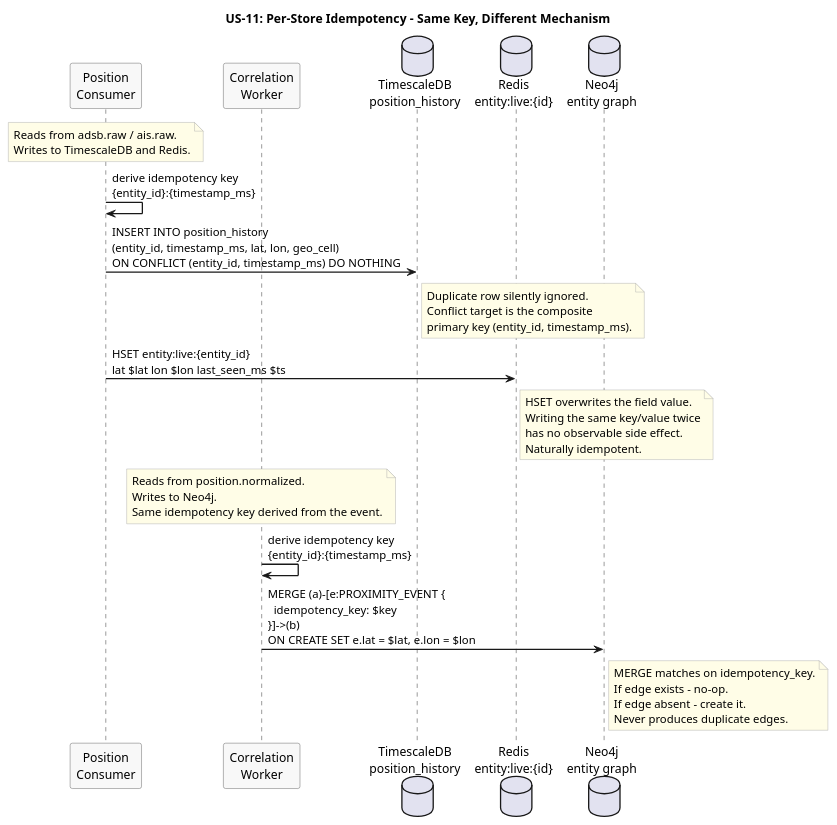
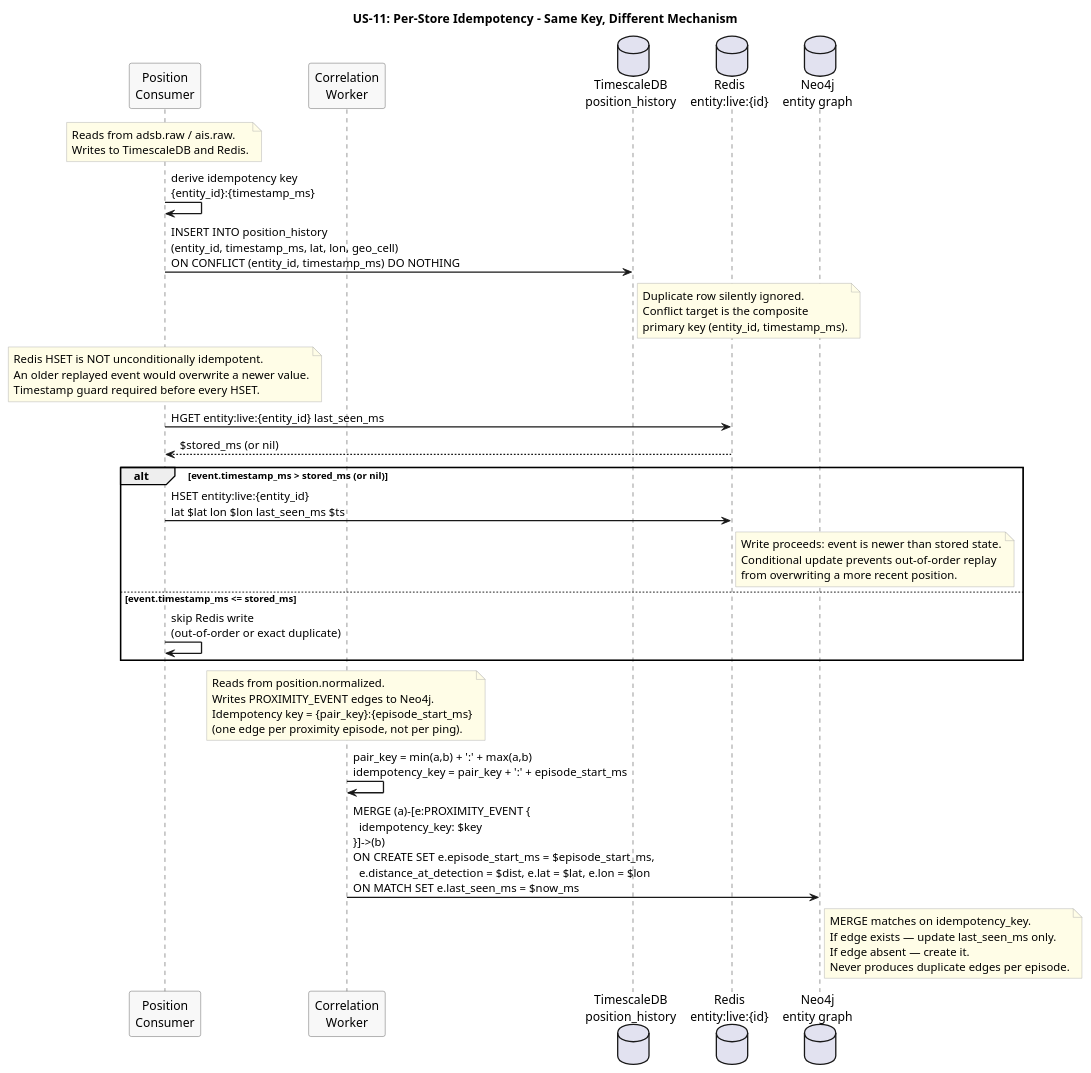
The diagram in docs/use-cases/US-11-idempotent-writes/per-store-idempotency.puml (Buffden/sentinel), drawn with PlantUML before and after one commit. The commit also changed 4 other files, not shown here.

First line of the commit message:
schema: fix idempotency — Redis HSET requires timestamp guard; define two replay modes

```diff
--- a/docs/use-cases/US-11-idempotent-writes/per-store-idempotency.puml
+++ b/docs/use-cases/US-11-idempotent-writes/per-store-idempotency.puml
@@ -1,57 +1,69 @@
 @startuml per-store-idempotency
 title US-11: Per-Store Idempotency - Same Key, Different Mechanism
 
 skinparam sequenceArrowThickness 1.5
 skinparam participantBorderColor #555555
 skinparam participantBackgroundColor #F8F8F8
 skinparam noteBorderColor #AAAAAA
 skinparam noteBackgroundColor #FFFDE7
 
 participant "Position\nConsumer" as PosConsumer
 participant "Correlation\nWorker" as CorrWorker
 database "TimescaleDB\nposition_history" as TSDB
 database "Redis\nentity:live:{id}" as Redis
 database "Neo4j\nentity graph" as Neo4j
 
 note over PosConsumer
   Reads from adsb.raw / ais.raw.
   Writes to TimescaleDB and Redis.
 end note
 
 PosConsumer -> PosConsumer : derive idempotency key\n{entity_id}:{timestamp_ms}
 
 PosConsumer -> TSDB : INSERT INTO position_history\n(entity_id, timestamp_ms, lat, lon, geo_cell)\nON CONFLICT (entity_id, timestamp_ms) DO NOTHING
 
 note right of TSDB
   Duplicate row silently ignored.
   Conflict target is the composite
   primary key (entity_id, timestamp_ms).
 end note
 
-PosConsumer -> Redis : HSET entity:live:{entity_id}\nlat $lat lon $lon last_seen_ms $ts
+note over PosConsumer
+  Redis HSET is NOT unconditionally idempotent.
+  An older replayed event would overwrite a newer value.
+  Timestamp guard required before every HSET.
+end note
 
-note right of Redis
-  HSET overwrites the field value.
-  Writing the same key/value twice
-  has no observable side effect.
-  Naturally idempotent.
-end note
+PosConsumer -> Redis : HGET entity:live:{entity_id} last_seen_ms
+Redis --> PosConsumer : $stored_ms (or nil)
+
+alt event.timestamp_ms > stored_ms (or nil)
+  PosConsumer -> Redis : HSET entity:live:{entity_id}\nlat $lat lon $lon last_seen_ms $ts
+  note right of Redis
+    Write proceeds: event is newer than stored state.
+    Conditional update prevents out-of-order replay
+    from overwriting a more recent position.
+  end note
+else event.timestamp_ms <= stored_ms
+  PosConsumer -> PosConsumer : skip Redis write\n(out-of-order or exact duplicate)
+end
 
 note over CorrWorker
   Reads from position.normalized.
-  Writes to Neo4j.
-  Same idempotency key derived from the event.
+  Writes PROXIMITY_EVENT edges to Neo4j.
+  Idempotency key = {pair_key}:{episode_start_ms}
+  (one edge per proximity episode, not per ping).
 end note
 
-CorrWorker -> CorrWorker : derive idempotency key\n{entity_id}:{timestamp_ms}
+CorrWorker -> CorrWorker : pair_key = min(a,b) + ':' + max(a,b)\nidempotency_key = pair_key + ':' + episode_start_ms
 
-CorrWorker -> Neo4j : MERGE (a)-[e:PROXIMITY_EVENT {\n  idempotency_key: $key\n}]->(b)\nON CREATE SET e.lat = $lat, e.lon = $lon
+CorrWorker -> Neo4j : MERGE (a)-[e:PROXIMITY_EVENT {\n  idempotency_key: $key\n}]->(b)\nON CREATE SET e.episode_start_ms = $episode_start_ms,\n  e.distance_at_detection = $dist, e.lat = $lat, e.lon = $lon\nON MATCH SET e.last_seen_ms = $now_ms
 
 note right of Neo4j
   MERGE matches on idempotency_key.
-  If edge exists - no-op.
-  If edge absent - create it.
-  Never produces duplicate edges.
+  If edge exists — update last_seen_ms only.
+  If edge absent — create it.
+  Never produces duplicate edges per episode.
 end note
 
 @enduml
```
